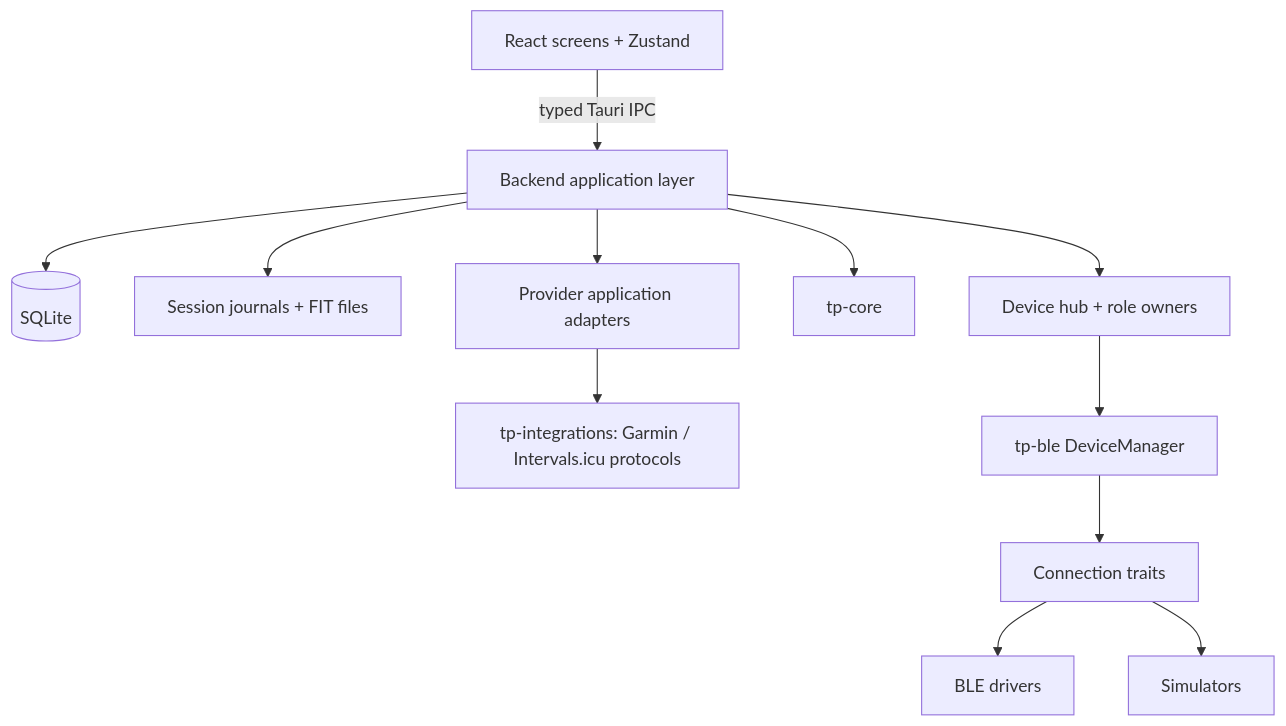
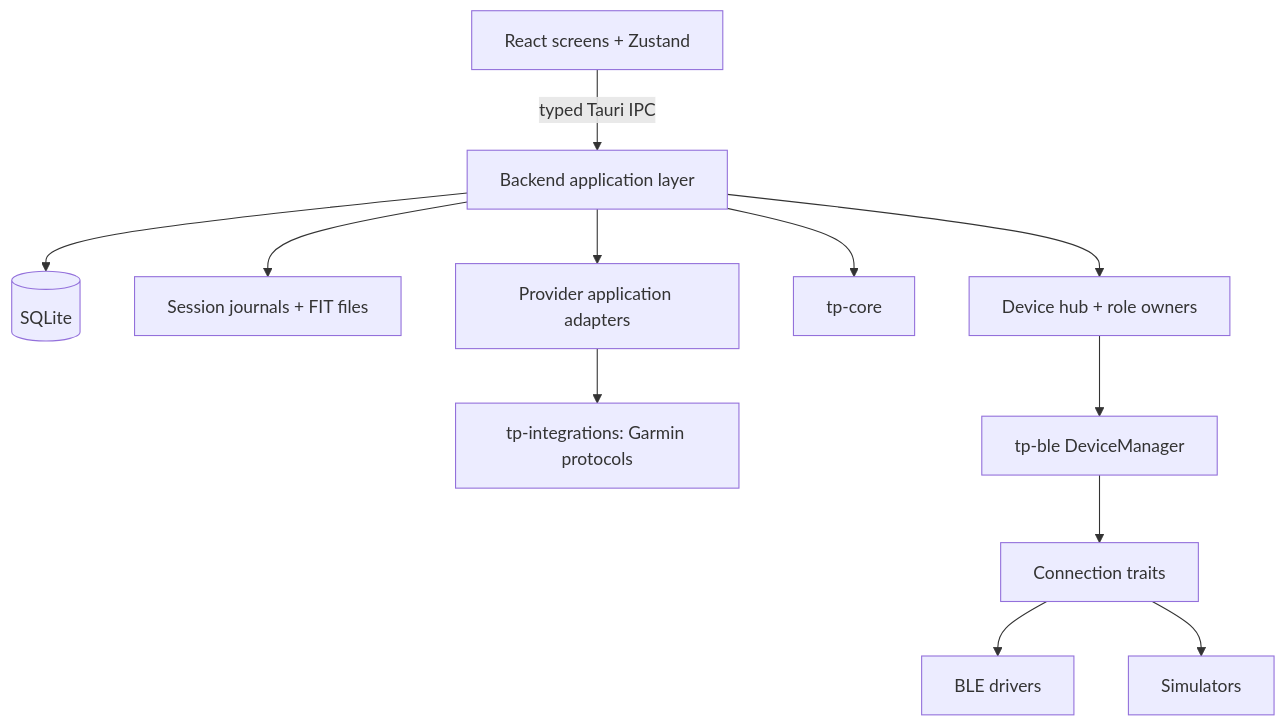
One commit to sergioclemente/TrainerPro changed the diagram in docs/architecture.md. Above: the diagram before and after it, drawn with Mermaid. The commit also changed other lines of this file and 33 other files, not shown here.

Commit message:
Remove Intervals.icu integration and migrate existing installations

````diff
--- a/docs/architecture.md
+++ b/docs/architecture.md
@@ -10,14 +10,14 @@
 ```mermaid
 flowchart TD
     UI[React screens + Zustand] -->|typed Tauri IPC| APP[Backend application layer]
     APP --> DB[(SQLite)]
     APP --> FILES[Session journals + FIT files]
     APP --> ADAPTERS[Provider application adapters]
-    ADAPTERS --> INTEGRATIONS[tp-integrations: Garmin / Intervals.icu protocols]
+    ADAPTERS --> INTEGRATIONS[tp-integrations: Garmin protocols]
     APP --> CORE[tp-core]
     APP --> HUB[Device hub + role owners]
     HUB --> MANAGER[tp-ble DeviceManager]
     MANAGER --> CONNECTIONS[Connection traits]
     CONNECTIONS --> BLE[BLE drivers]
     CONNECTIONS --> SIM[Simulators]
 ```
````
